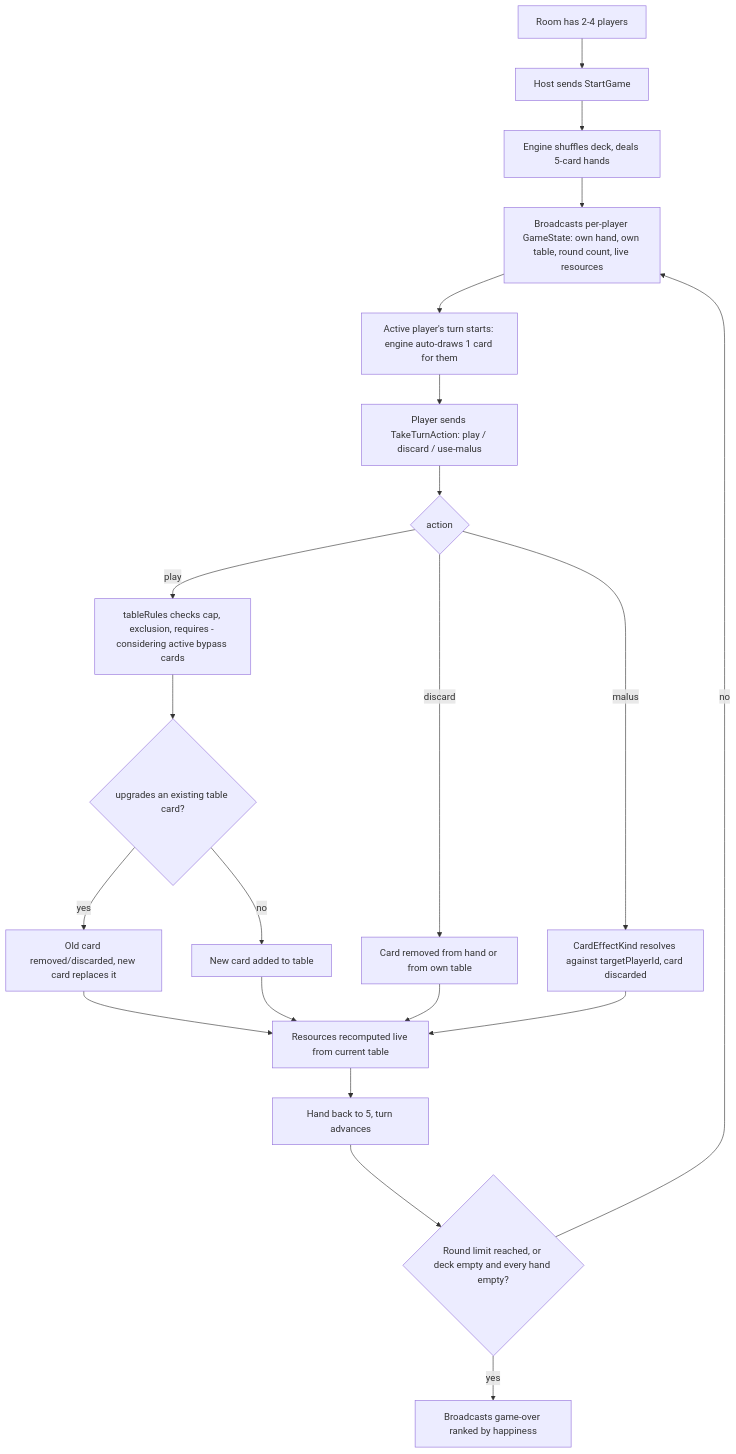
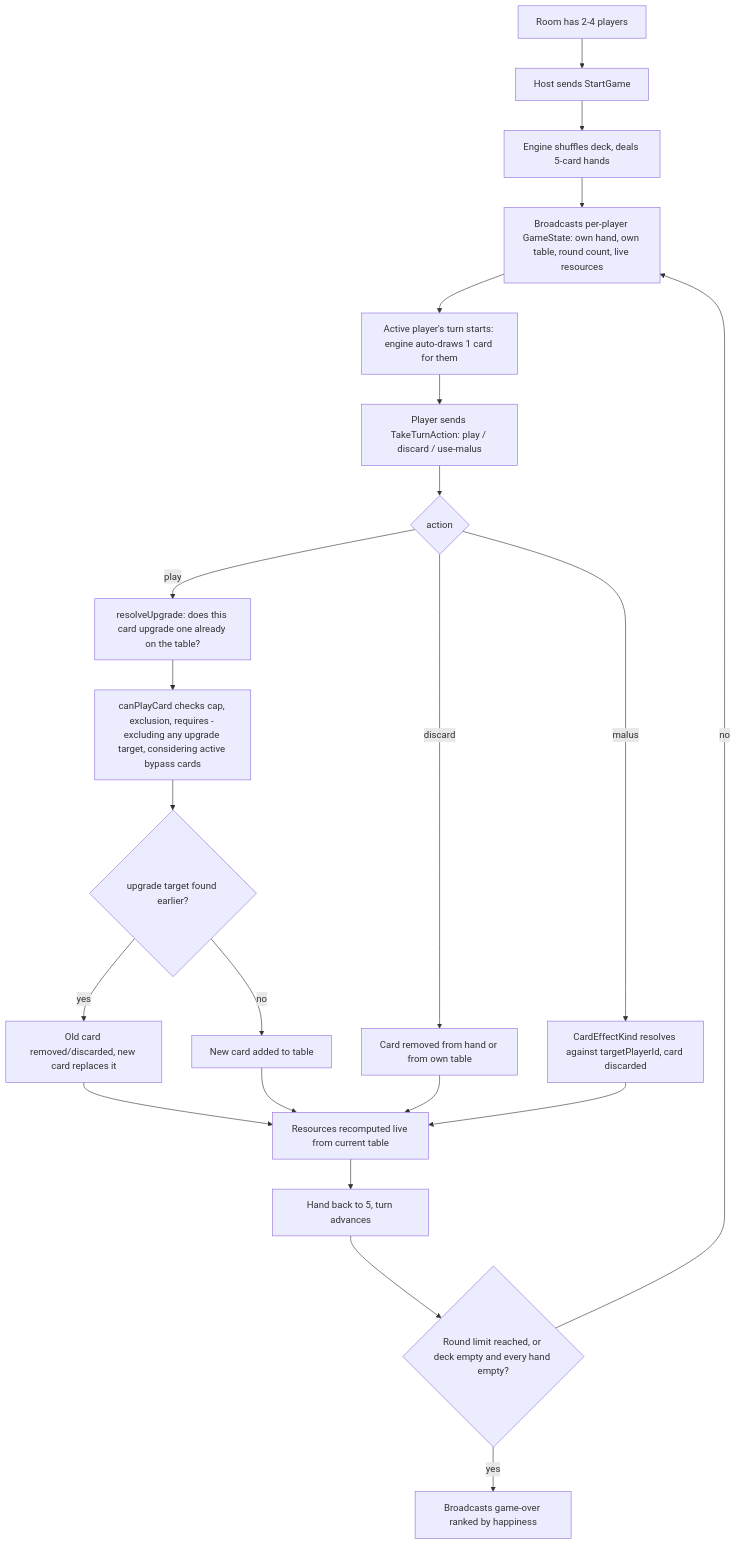
Before and after one commit to Loxo/happy-card-game: the first of 2 diagrams in aidd_docs/tasks/2026_09/2026_09_17_card-game-core/phase-4.md, drawn with Mermaid. The commit also changed other lines of this file and 10 other files, not shown here.

````diff
--- a/aidd_docs/tasks/2026_09/2026_09_17_card-game-core/phase-4.md
+++ b/aidd_docs/tasks/2026_09/2026_09_17_card-game-core/phase-4.md
@@ -30,23 +30,24 @@
 ```mermaid
 flowchart TD
   A[Room has 2-4 players] --> B[Host sends StartGame]
   B --> C[Engine shuffles deck, deals 5-card hands]
   C --> D[Broadcasts per-player GameState: own hand, own table, round count, live resources]
   D --> E[Active player's turn starts: engine auto-draws 1 card for them]
   E --> F[Player sends TakeTurnAction: play / discard / use-malus]
   F --> G{action}
-  G -- play --> H[tableRules checks cap, exclusion, requires - considering active bypass cards]
-  H --> H1{upgrades an existing table card?}
+  G -- play --> H0[resolveUpgrade: does this card upgrade one already on the table?]
+  H0 --> H[canPlayCard checks cap, exclusion, requires - excluding any upgrade target, considering active bypass cards]
+  H --> H1{upgrade target found earlier?}
   H1 -- yes --> H2[Old card removed/discarded, new card replaces it]
   H1 -- no --> H3[New card added to table]
   G -- discard --> I[Card removed from hand or from own table]
   G -- malus --> J[CardEffectKind resolves against targetPlayerId, card discarded]
   H2 --> K[Resources recomputed live from current table]
   H3 --> K
   I --> K
   J --> K
   K --> L[Hand back to 5, turn advances]
   L --> M{Round limit reached, or deck empty and every hand empty?}
   M -- no --> D
   M -- yes --> N[Broadcasts game-over ranked by happiness]
 ```
````
